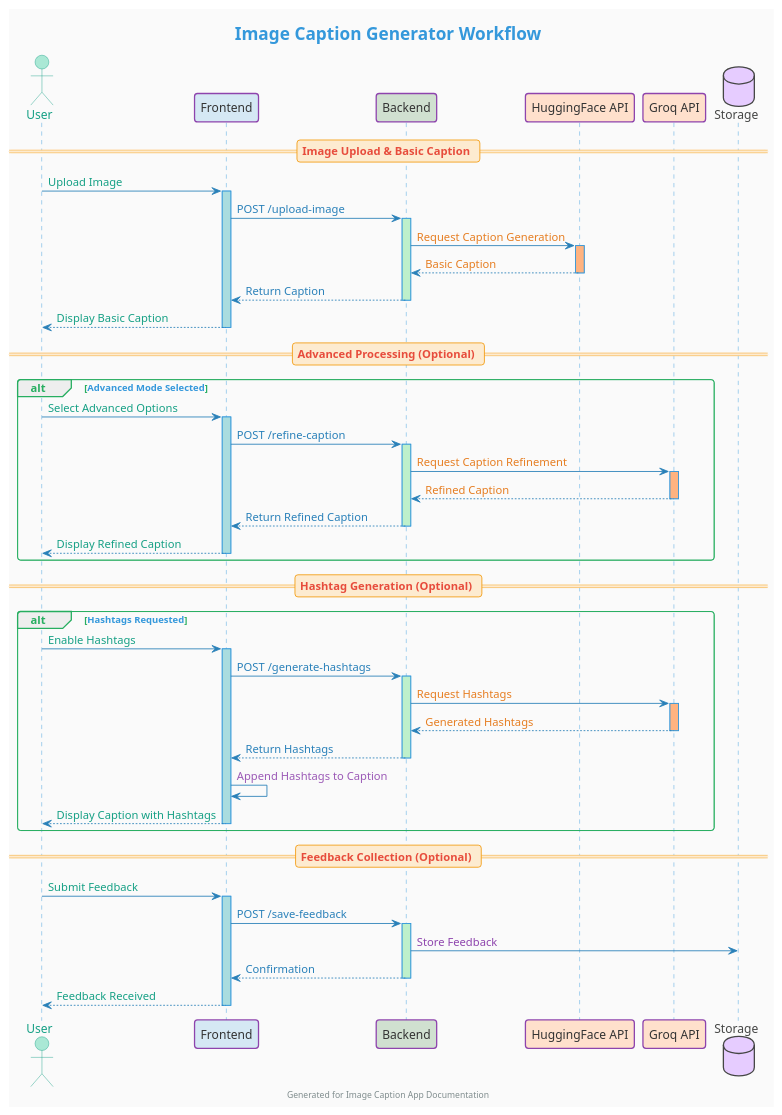
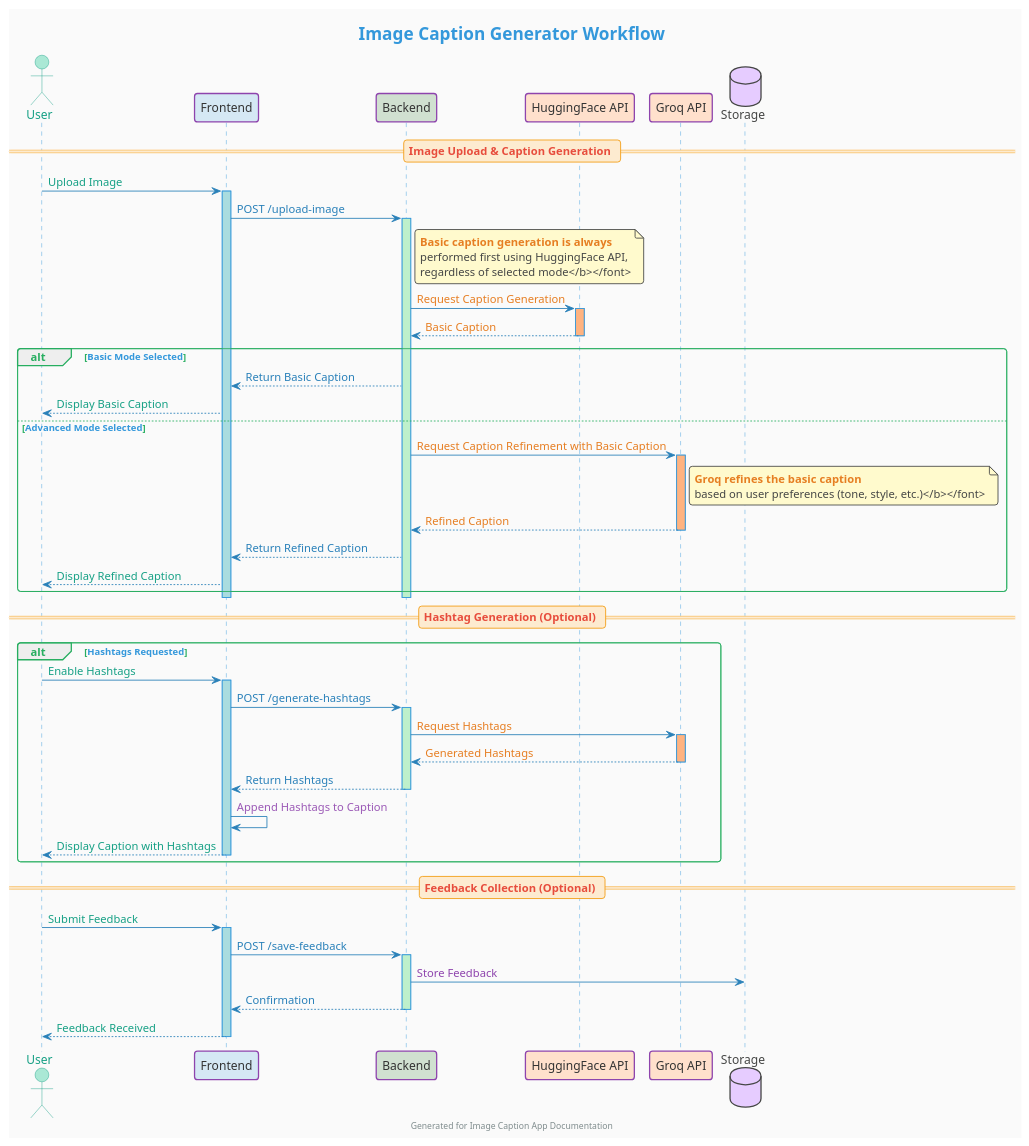
Before and after one commit to Rishabh050803/Image-caption-generator: the diagram in System_Design/sequence.puml, drawn with PlantUML. The commit also changed 11 other files, not shown here.

Commit message:
Replaced image upload design

```diff
--- a/System_Design/sequence.puml
+++ b/System_Design/sequence.puml
@@ -1,96 +1,101 @@
 @startuml Sequence Diagram
 !theme toy
 
 skinparam backgroundColor #FAFAFA
 skinparam sequence {
   ArrowColor #2980b9
   LifeLineBorderColor #3498db
   LifeLineBackgroundColor #A9DCDF
   
   GroupBorderColor #27ae60
   GroupFontColor #27ae60
   GroupHeaderFontColor #27ae60
   
   DividerBorderColor #f39c12
   DividerBackgroundColor #fdebd0
   DividerFontColor #f39c12
   
   ParticipantBorderColor #8e44ad
   ParticipantBackgroundColor #d6b5e5
   ParticipantFontColor #333333
   
   ActorBorderColor #16a085
   ActorBackgroundColor #aae8d5
   ActorFontColor #16a085
 }
 
 title <font color=#3498db size=20><b>Image Caption Generator Workflow</b></font>
 
 actor "User" as User #aae8d5
 participant "Frontend" as FE #d5e8f4
 participant "Backend" as BE #d0e0d0
 participant "HuggingFace API" as HF #ffe0cc
 participant "Groq API" as GROQ #ffe0cc
 database "Storage" as DB #e6ccff
 
-== <font color=#e74c3c><b>Image Upload & Basic Caption</b></font> ==
+== <font color=#e74c3c><b>Image Upload & Caption Generation</b></font> ==
 User -> FE: <font color=#16a085>Upload Image</font>
 activate FE #a9dcdf
 FE -> BE: <font color=#2980b9>POST /upload-image</font>
 activate BE #bef0cb
+
+note right of BE #FFFACD
+  <font color=#e67e22><b>Basic caption generation is always
+  performed first using HuggingFace API,
+  regardless of selected mode</b></font>
+end note
+
 BE -> HF: <font color=#e67e22>Request Caption Generation</font>
 activate HF #ffb380
 HF --> BE: <font color=#e67e22>Basic Caption</font>
 deactivate HF
-BE --> FE: <font color=#2980b9>Return Caption</font>
-deactivate BE
-FE --> User: <font color=#16a085>Display Basic Caption</font>
-deactivate FE
 
-== <font color=#e74c3c><b>Advanced Processing (Optional)</b></font> ==
-alt <font color=#3498db>Advanced Mode Selected</font>
-    User -> FE: <font color=#16a085>Select Advanced Options</font>
-    activate FE #a9dcdf
-    FE -> BE: <font color=#2980b9>POST /refine-caption</font>
-    activate BE #bef0cb
-    BE -> GROQ: <font color=#e67e22>Request Caption Refinement</font>
+alt <font color=#3498db>Basic Mode Selected</font>
+    BE --> FE: <font color=#2980b9>Return Basic Caption</font>
+    FE --> User: <font color=#16a085>Display Basic Caption</font>
+else <font color=#3498db>Advanced Mode Selected</font>
+    BE -> GROQ: <font color=#e67e22>Request Caption Refinement with Basic Caption</font>
     activate GROQ #ffb380
+    note right of GROQ #FFFACD
+      <font color=#e67e22><b>Groq refines the basic caption
+      based on user preferences (tone, style, etc.)</b></font>
+    end note
     GROQ --> BE: <font color=#e67e22>Refined Caption</font>
     deactivate GROQ
     BE --> FE: <font color=#2980b9>Return Refined Caption</font>
-    deactivate BE
     FE --> User: <font color=#16a085>Display Refined Caption</font>
-    deactivate FE
 end
+deactivate BE
+deactivate FE
 
 == <font color=#e74c3c><b>Hashtag Generation (Optional)</b></font> ==
 alt <font color=#3498db>Hashtags Requested</font>
     User -> FE: <font color=#16a085>Enable Hashtags</font>
     activate FE #a9dcdf
     FE -> BE: <font color=#2980b9>POST /generate-hashtags</font>
     activate BE #bef0cb
     BE -> GROQ: <font color=#e67e22>Request Hashtags</font>
     activate GROQ #ffb380
     GROQ --> BE: <font color=#e67e22>Generated Hashtags</font>
     deactivate GROQ
     BE --> FE: <font color=#2980b9>Return Hashtags</font>
     deactivate BE
     FE -> FE: <font color=#9b59b6>Append Hashtags to Caption</font>
     FE --> User: <font color=#16a085>Display Caption with Hashtags</font>
     deactivate FE
 end
 
 == <font color=#e74c3c><b>Feedback Collection (Optional)</b></font> ==
 User -> FE: <font color=#16a085>Submit Feedback</font>
 activate FE #a9dcdf
 FE -> BE: <font color=#2980b9>POST /save-feedback</font>
 activate BE #bef0cb
 BE -> DB: <font color=#8e44ad>Store Feedback</font>
 BE --> FE: <font color=#2980b9>Confirmation</font>
 deactivate BE
 FE --> User: <font color=#16a085>Feedback Received</font>
 deactivate FE
 
 footer <font color=#7f8c8d>Generated for Image Caption App Documentation</font>
 
 @enduml
```
